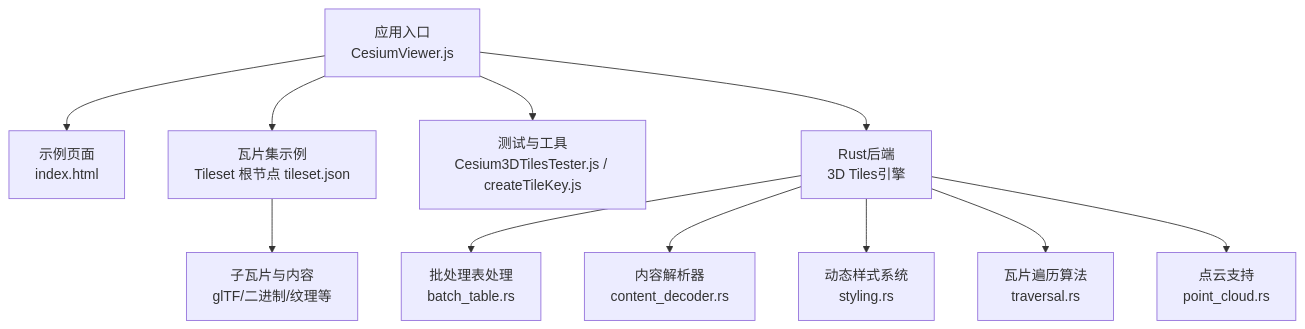
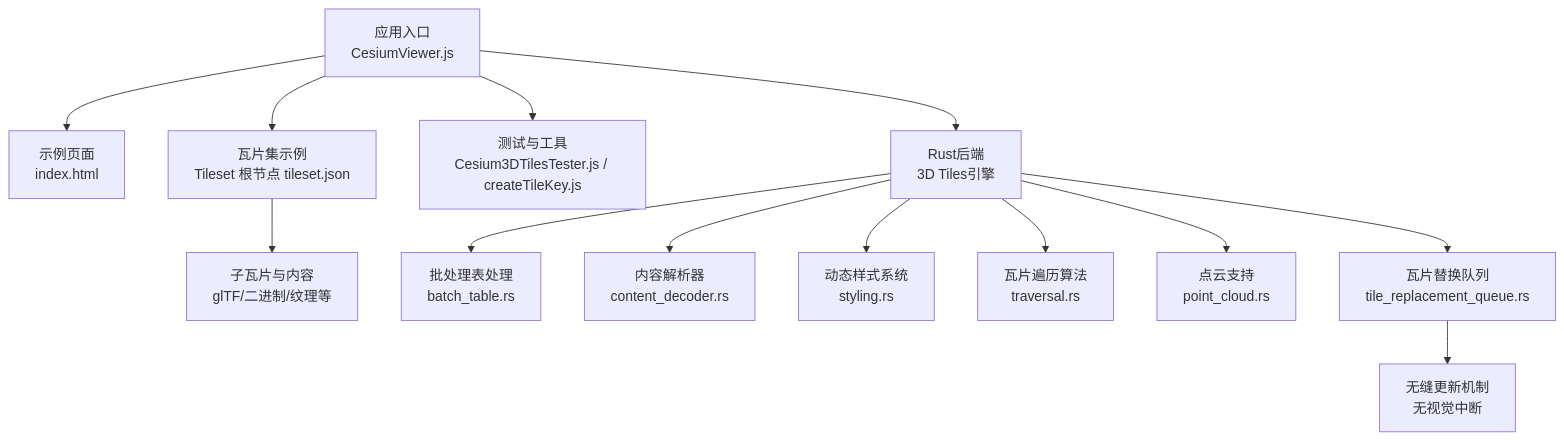
The first of 10 diagrams in .qoder/repowiki/zh/content/项目概述/核心特性/3D数据格式支持/3D Tiles标准支持/瓦片集管理.md (rzhangjing/cesium), drawn with Mermaid before and after one commit. The commit also changed other lines of this file and 32 other files, not shown here.

````diff
--- a/.qoder/repowiki/zh/content/项目概述/核心特性/3D数据格式支持/3D Tiles标准支持/瓦片集管理.md
+++ b/.qoder/repowiki/zh/content/项目概述/核心特性/3D数据格式支持/3D Tiles标准支持/瓦片集管理.md
@@ -73,13 +76,15 @@
 ```mermaid
 graph TB
 A["应用入口<br/>CesiumViewer.js"] --> B["示例页面<br/>index.html"]
 A --> C["瓦片集示例<br/>Tileset 根节点 tileset.json"]
 C --> D["子瓦片与内容<br/>glTF/二进制/纹理等"]
 A --> E["测试与工具<br/>Cesium3DTilesTester.js / createTileKey.js"]
 A --> F["Rust后端<br/>3D Tiles引擎"]
 F --> G["批处理表处理<br/>batch_table.rs"]
 F --> H["内容解析器<br/>content_decoder.rs"]
 F --> I["动态样式系统<br/>styling.rs"]
 F --> J["瓦片遍历算法<br/>traversal.rs"]
 F --> K["点云支持<br/>point_cloud.rs"]
+F --> L["瓦片替换队列<br/>tile_replacement_queue.rs"]
+L --> M["无缝更新机制<br/>无视觉中断"]
 ```
````
